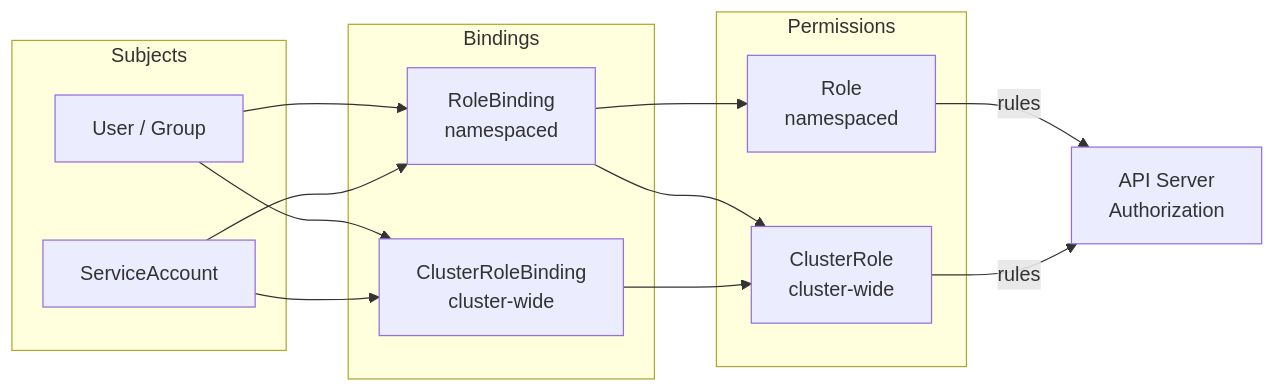
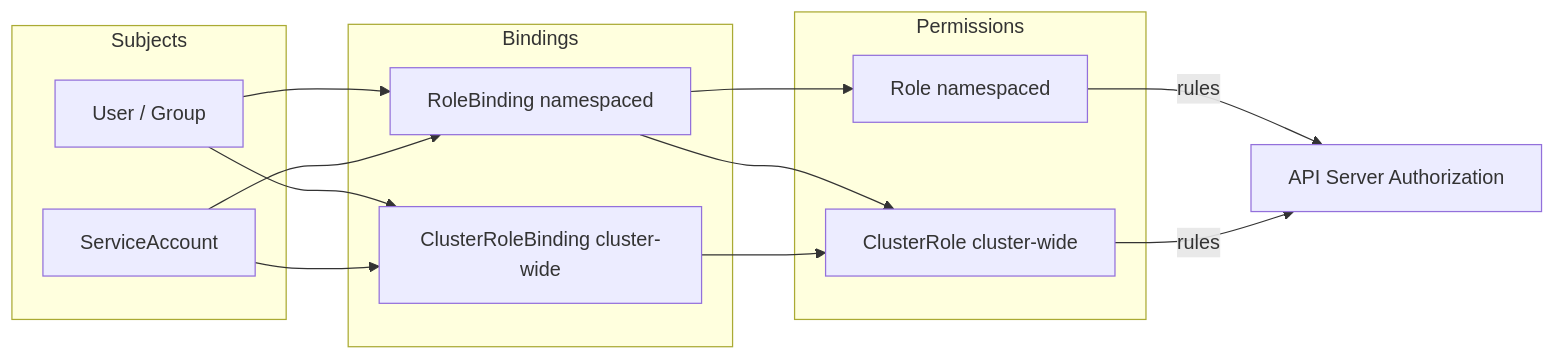
The first of 5 diagrams in 09_security/01_rbac.md (UncleJS/course_k3s), drawn with Mermaid before and after one commit. The commit also changed other lines of this file and 57 other files, not shown here.

````diff
--- a/09_security/01_rbac.md
+++ b/09_security/01_rbac.md
@@ -36,29 +36,29 @@
 ```mermaid
 flowchart LR
     subgraph Subjects
         U[User / Group]
         SA[ServiceAccount]
     end
 
     subgraph Bindings
-        RB[RoleBinding\nnamespaced]
-        CRB[ClusterRoleBinding\ncluster-wide]
+        RB[RoleBinding namespaced]
+        CRB[ClusterRoleBinding cluster-wide]
     end
 
     subgraph Permissions
-        R[Role\nnamespaced]
-        CR[ClusterRole\ncluster-wide]
+        R[Role namespaced]
+        CR[ClusterRole cluster-wide]
     end
 
     U  --> RB
     SA --> RB
     U  --> CRB
     SA --> CRB
 
     RB  --> R
     RB  --> CR
     CRB --> CR
 
-    R  -->|rules| API[API Server\nAuthorization]
+    R  -->|rules| API[API Server Authorization]
     CR -->|rules| API
 ```
````
